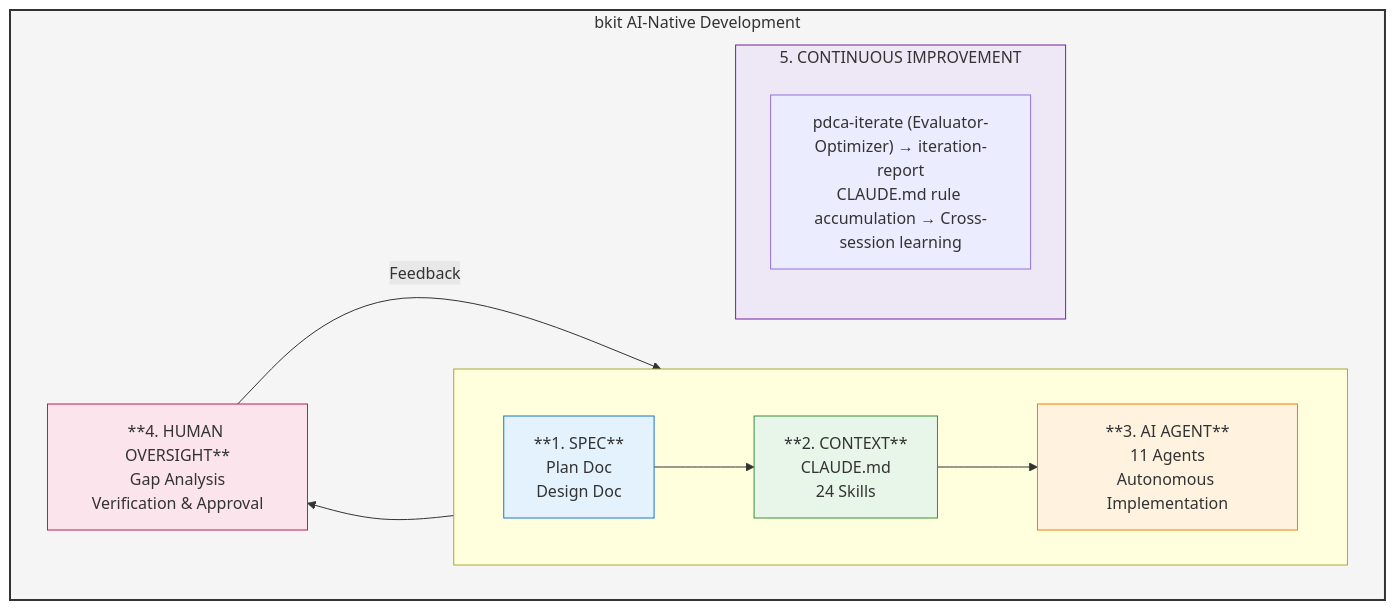
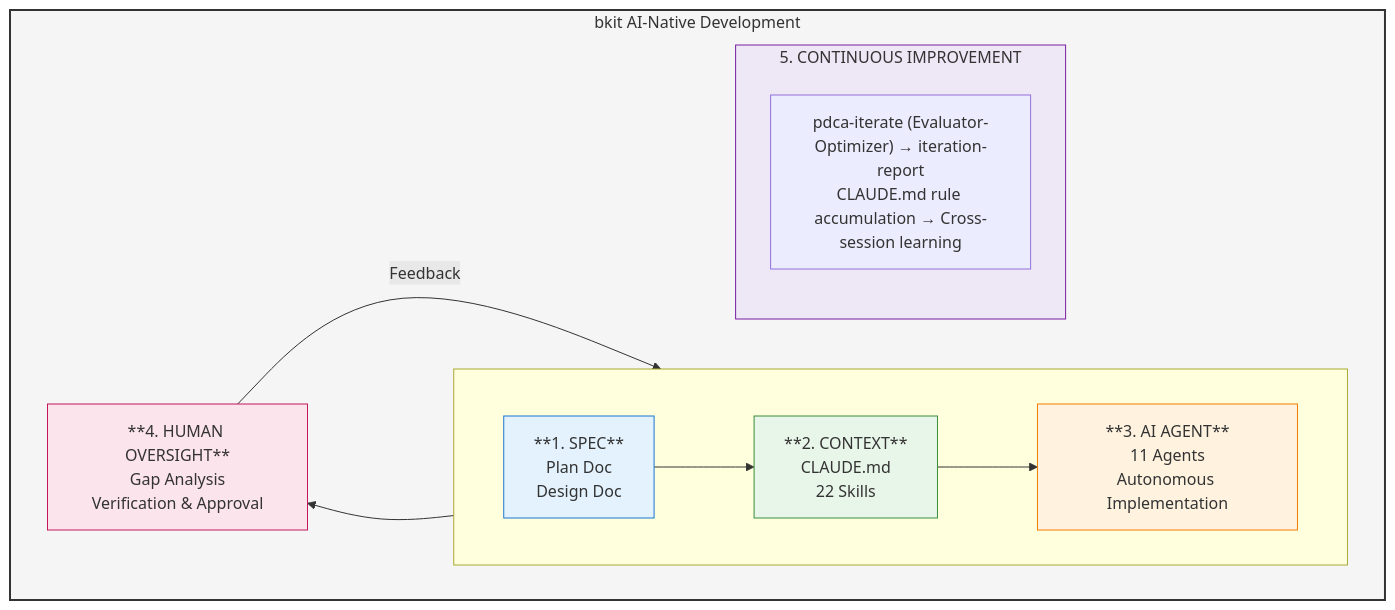
Before and after one commit to thinoo-v2/bkit-claude-code: the diagram in AI-NATIVE-DEVELOPMENT.md, drawn with Mermaid. The commit also changed other lines of this file and 16 other files, not shown here.

First line of the commit message:
docs(v1.4.4): complete documentation sync with Mermaid architecture diagrams

````diff
--- a/AI-NATIVE-DEVELOPMENT.md
+++ b/AI-NATIVE-DEVELOPMENT.md
@@ -9,31 +9,31 @@
 ```mermaid
 flowchart TB
     subgraph MAIN["bkit AI-Native Development"]
         direction LR
 
         subgraph ROW1[" "]
             direction LR
             SPEC["**1. SPEC**<br/>Plan Doc<br/>Design Doc"]
-            CONTEXT["**2. CONTEXT**<br/>CLAUDE.md<br/>24 Skills"]
+            CONTEXT["**2. CONTEXT**<br/>CLAUDE.md<br/>22 Skills"]
             AGENT["**3. AI AGENT**<br/>11 Agents<br/>Autonomous Implementation"]
         end
 
         OVERSIGHT["**4. HUMAN OVERSIGHT**<br/>Gap Analysis<br/>Verification & Approval"]
 
         subgraph IMPROVE["5. CONTINUOUS IMPROVEMENT"]
             IMP_CONTENT["pdca-iterate (Evaluator-Optimizer) → iteration-report<br/>CLAUDE.md rule accumulation → Cross-session learning"]
         end
     end
 
     SPEC --> CONTEXT
     CONTEXT --> AGENT
     AGENT --> OVERSIGHT
     OVERSIGHT -->|"Feedback"| SPEC
 
     style MAIN fill:#f5f5f5,stroke:#333,stroke-width:2px
     style SPEC fill:#e3f2fd,stroke:#1976d2
     style CONTEXT fill:#e8f5e9,stroke:#388e3c
     style AGENT fill:#fff3e0,stroke:#f57c00
     style OVERSIGHT fill:#fce4ec,stroke:#c2185b
     style IMPROVE fill:#ede7f6,stroke:#7b1fa2
 ```
````
